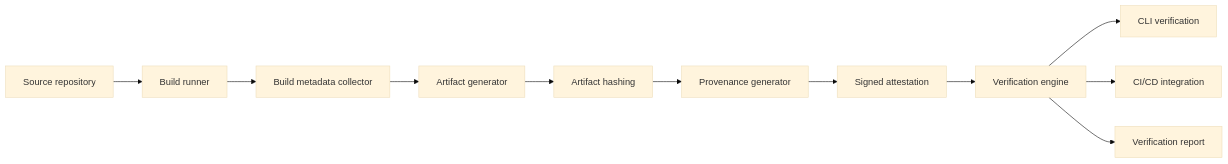
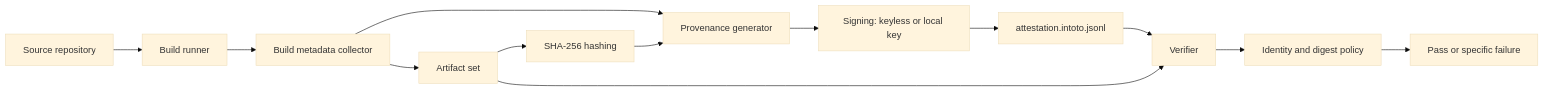
One commit to Shellghostt/BuildTrace changed the first of 2 diagrams in docs/ARCHITECTURE.md. Above: the diagram before and after it, drawn with Mermaid (base theme). The commit also changed other lines of this file and 28 other files, not shown here.

````diff
--- a/docs/ARCHITECTURE.md
+++ b/docs/ARCHITECTURE.md
@@ -16,13 +18,15 @@
 ```mermaid
 flowchart LR
     SRC[Source repository] --> RUN[Build runner]
     RUN --> META[Build metadata collector]
-    META --> ART[Artifact generator]
-    ART --> HASH[Artifact hashing]
-    HASH --> PROV[Provenance generator]
-    PROV --> SIGN[Signed attestation]
-    SIGN --> VER[Verification engine]
-    VER --> CLI[CLI verification]
-    VER --> CICD[CI/CD integration]
-    VER --> REP[Verification report]
+    META --> ART[Artifact set]
+    ART --> HASH[SHA-256 hashing]
+    META --> PROV[Provenance generator]
+    HASH --> PROV
+    PROV --> SIGN[Signing: keyless or local key]
+    SIGN --> OUT[attestation.intoto.jsonl]
+    OUT --> VER[Verifier]
+    ART --> VER
+    VER --> POLICY[Identity and digest policy]
+    POLICY --> RESULT[Pass or specific failure]
 ```
````
